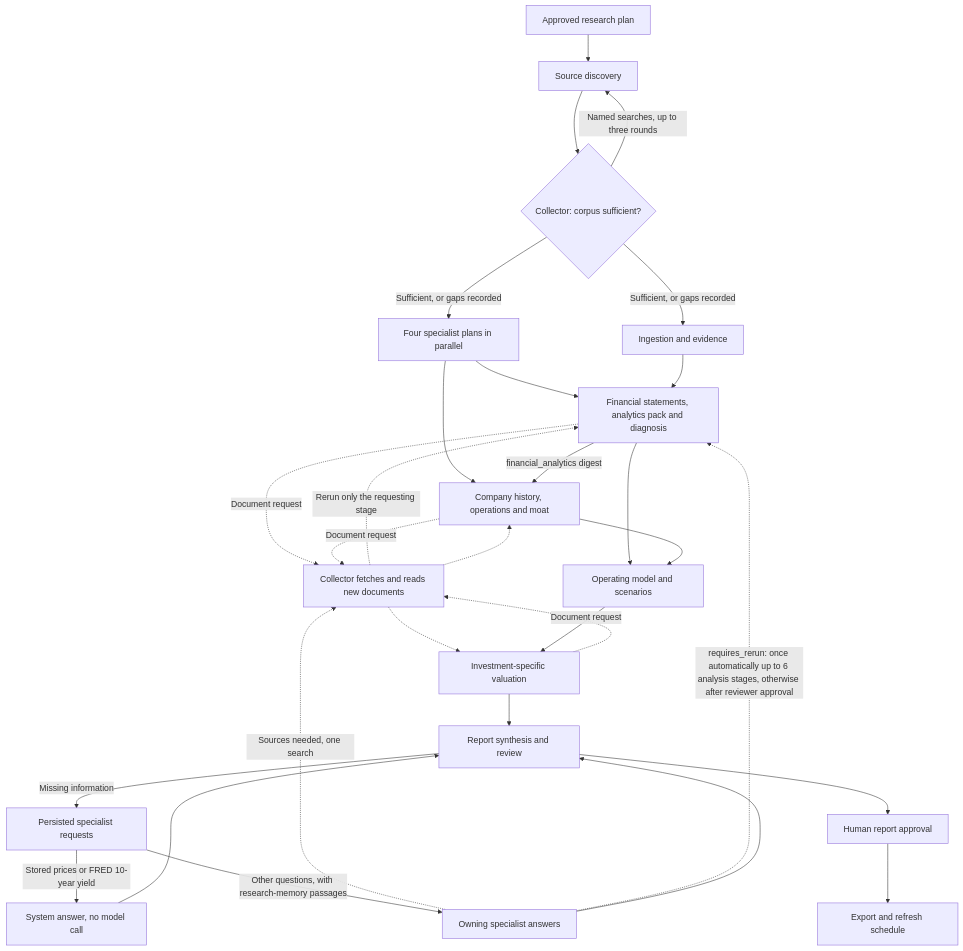
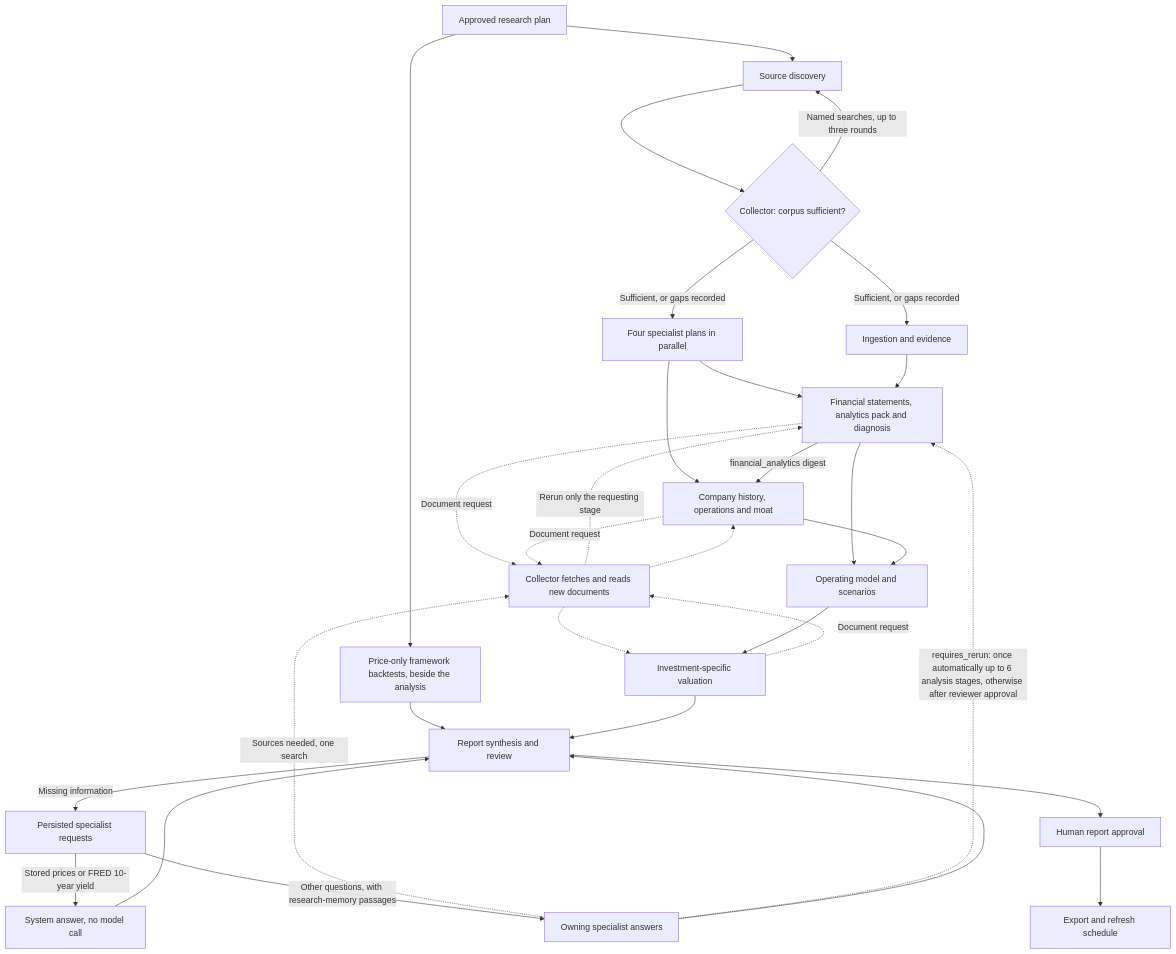
Before and after one commit to ToRRIIDeR97/Investing-Research-Pipeline: the diagram in docs/system.md, drawn with Mermaid. The commit also changed other lines of this file and 21 other files, not shown here.

First line of the commit message:
Run the backtest branch beside the analysis and name the pass limit

````diff
--- a/docs/system.md
+++ b/docs/system.md
@@ -71,31 +71,33 @@
 ```mermaid
 flowchart TD
   Plan[Approved research plan] --> Discovery[Source discovery]
+  Plan --> Backtests[Price-only framework backtests, beside the analysis]
+  Backtests --> Report
   Discovery --> Review{Collector: corpus sufficient?}
   Review -->|Named searches, up to three rounds| Discovery
   Review -->|Sufficient, or gaps recorded| Briefs[Four specialist plans in parallel]
   Review -->|Sufficient, or gaps recorded| Data[Ingestion and evidence]
   Briefs --> Financials
   Briefs --> Business
   Data --> Financials[Financial statements, analytics pack and diagnosis]
   Financials -->|financial_analytics digest| Business[Company history, operations and moat]
   Financials -.->|Document request| Collector[Collector fetches and reads new documents]
   Business -.->|Document request| Collector
   Valuation -.->|Document request| Collector
   Collector -.->|Rerun only the requesting stage| Financials
   Collector -.-> Business
   Collector -.-> Valuation
   Financials --> Scenarios[Operating model and scenarios]
   Business --> Scenarios
   Scenarios --> Valuation[Investment-specific valuation]
   Valuation --> Report[Report synthesis and review]
   Report -->|Missing information| Requests[Persisted specialist requests]
   Requests -->|Stored prices or FRED 10-year yield| SystemAnswer[System answer, no model call]
   Requests -->|Other questions, with research-memory passages| Owner[Owning specialist answers]
   Owner -.->|Sources needed, one search| Collector
   Owner -.->|requires_rerun: once automatically up to 6 analysis stages, otherwise after reviewer approval| Financials
   SystemAnswer --> Report
   Owner --> Report
   Report --> Human[Human report approval]
   Human --> Export[Export and refresh schedule]
 ```
````
